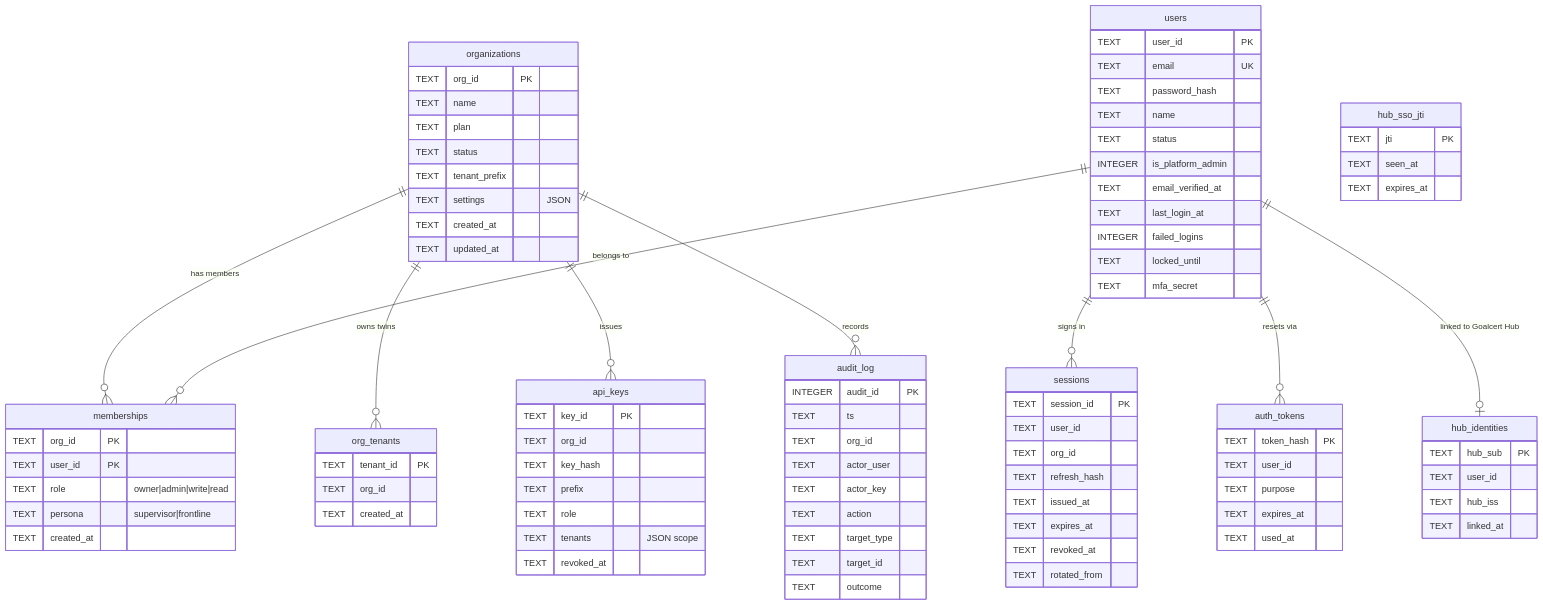
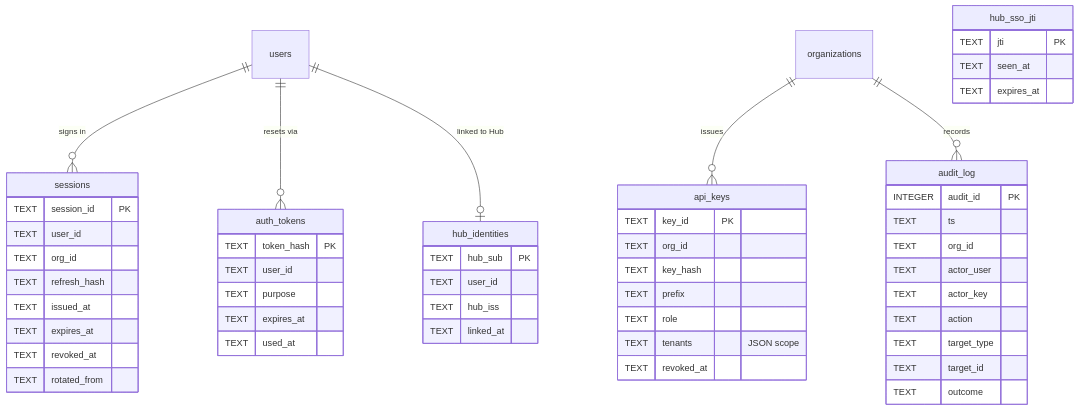
The third of 7 diagrams in docs/ER-DIAGRAM.md (Tejesh3305/Goalcert_Digital-Twin), drawn with Mermaid before and after one commit. The commit also changed 8 other files, not shown here.

````diff
--- a/docs/ER-DIAGRAM.md
+++ b/docs/ER-DIAGRAM.md
@@ -67,49 +119,11 @@
 ```mermaid
 erDiagram
-  organizations ||--o{ memberships : "has members"
-  organizations ||--o{ org_tenants : "owns twins"
+  users ||--o{ sessions : "signs in"
+  users ||--o{ auth_tokens : "resets via"
+  users ||--o| hub_identities : "linked to Hub"
   organizations ||--o{ api_keys : "issues"
   organizations ||--o{ audit_log : "records"
-  users ||--o{ memberships : "belongs to"
-  users ||--o{ sessions : "signs in"
-  users ||--o{ auth_tokens : "resets via"
-  users ||--o| hub_identities : "linked to Goalcert Hub"
 
-  organizations {
-    TEXT org_id PK
-    TEXT name
-    TEXT plan
-    TEXT status
-    TEXT tenant_prefix
-    TEXT settings "JSON"
-    TEXT created_at
-    TEXT updated_at
-  }
-  users {
-    TEXT user_id PK
-    TEXT email UK
-    TEXT password_hash
-    TEXT name
-    TEXT status
-    INTEGER is_platform_admin
-    TEXT email_verified_at
-    TEXT last_login_at
-    INTEGER failed_logins
-    TEXT locked_until
-    TEXT mfa_secret
-  }
-  memberships {
-    TEXT org_id PK
-    TEXT user_id PK
-    TEXT role "owner|admin|write|read"
-    TEXT persona "supervisor|frontline"
-    TEXT created_at
-  }
-  org_tenants {
-    TEXT tenant_id PK
-    TEXT org_id
-    TEXT created_at
-  }
   sessions {
     TEXT session_id PK
     TEXT user_id
````
